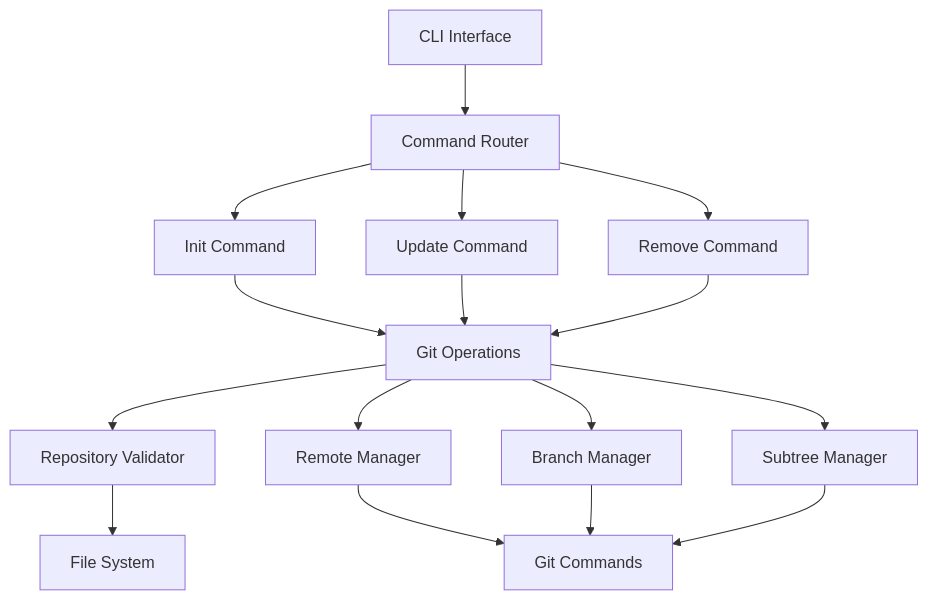
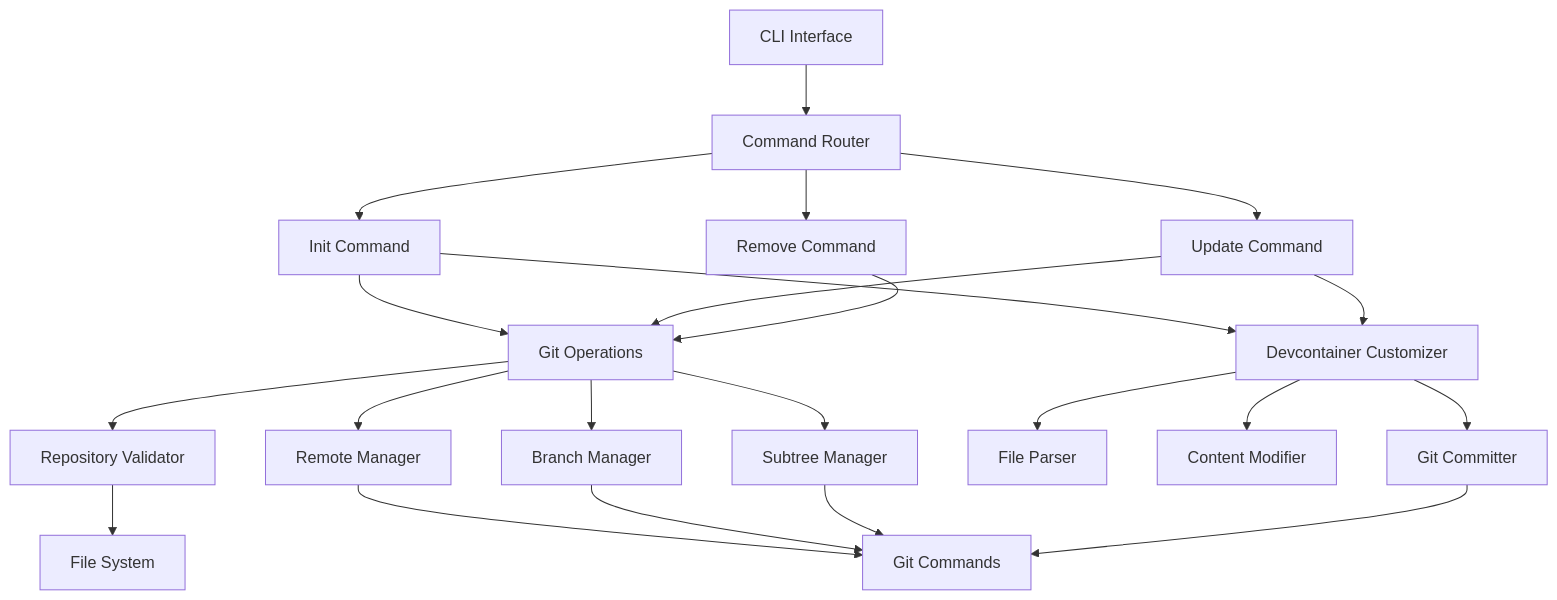
One commit to DanielJonesEB/devcontainer-sync-cli changed the diagram in .kiro/specs/devcontainer-sync-cli/design.md. Above: the diagram before and after it, drawn with Mermaid. The commit also changed other lines of this file and 2 other files, not shown here.

````diff
--- a/.kiro/specs/devcontainer-sync-cli/design.md
+++ b/.kiro/specs/devcontainer-sync-cli/design.md
@@ -11,21 +11,29 @@
 ```mermaid
 graph TB
     CLI[CLI Interface] --> CMD[Command Router]
     CMD --> INIT[Init Command]
     CMD --> UPDATE[Update Command]
     CMD --> REMOVE[Remove Command]
 
     INIT --> GIT[Git Operations]
     UPDATE --> GIT
     REMOVE --> GIT
 
+    INIT --> CUSTOM[Devcontainer Customizer]
+    UPDATE --> CUSTOM
+
     GIT --> VALID[Repository Validator]
     GIT --> REMOTE[Remote Manager]
     GIT --> BRANCH[Branch Manager]
     GIT --> SUBTREE[Subtree Manager]
 
+    CUSTOM --> PARSER[File Parser]
+    CUSTOM --> MODIFIER[Content Modifier]
+    CUSTOM --> COMMIT[Git Committer]
+
     VALID --> FS[File System]
     REMOTE --> GITCMD[Git Commands]
     BRANCH --> GITCMD
     SUBTREE --> GITCMD
+    COMMIT --> GITCMD
 ```
````
